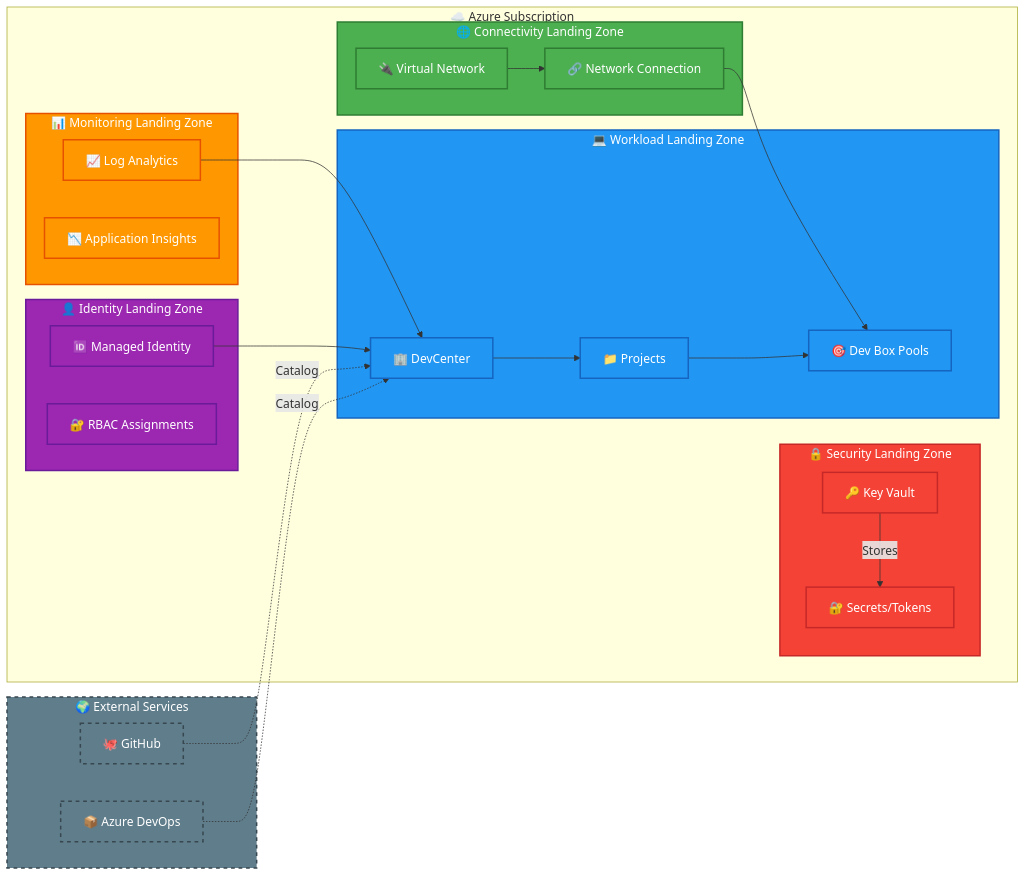
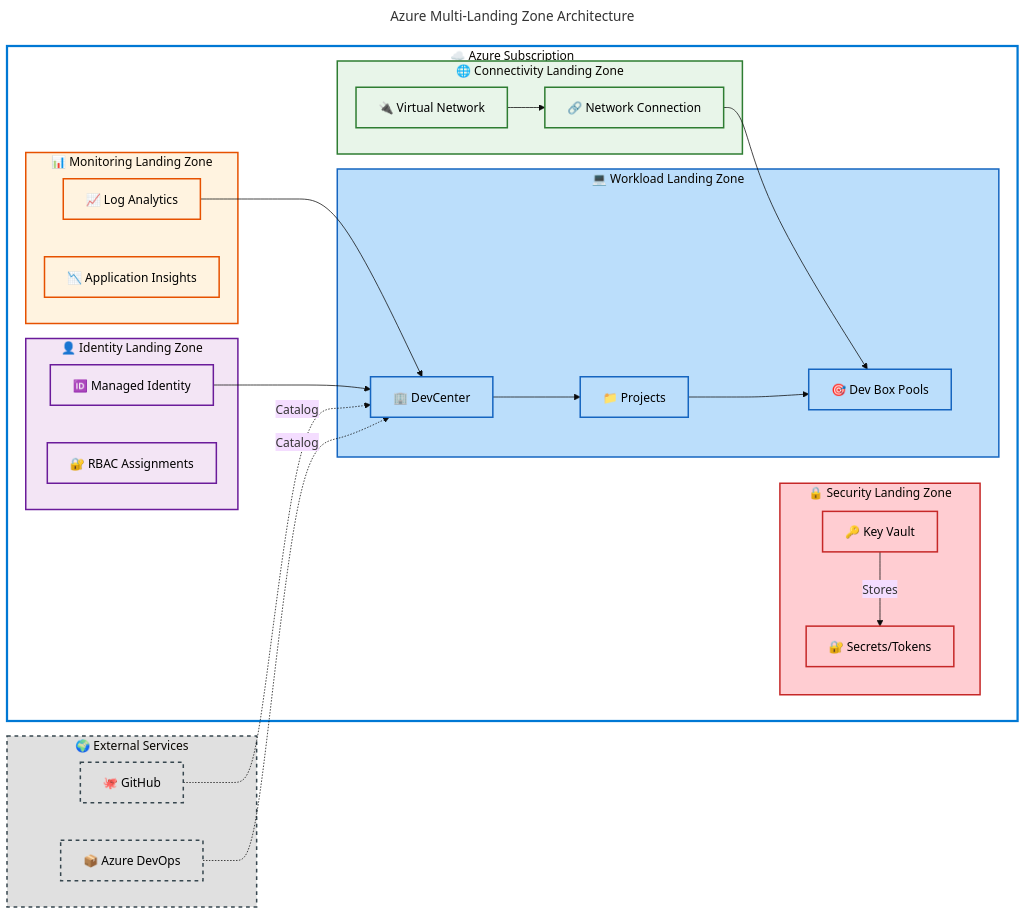
Before and after one commit to Evilazaro/DevExp-DevBox: the second of 2 diagrams in README.md, drawn with Mermaid. The commit also changed other lines of this file, not shown here.

Commit message:
refactor: enhance deployment architecture diagrams for clarity and consistency

````diff
--- a/README.md
+++ b/README.md
@@ -197,60 +205,76 @@
 ```mermaid
+---
+title: Azure Multi-Landing Zone Architecture
+config:
+  theme: base
+---
 flowchart LR
+    accTitle: Azure DevBox Multi-Landing Zone Architecture
+    accDescr: Architecture diagram showing the separation of concerns across security, monitoring, identity, workload, and connectivity landing zones with their key resources and external integrations
+    
     subgraph Azure["☁️ Azure Subscription"]
         subgraph Security["🔒 Security Landing Zone"]
             kv[🔑 Key Vault]
             secrets[🔐 Secrets/Tokens]
         end
         
         subgraph Monitoring["📊 Monitoring Landing Zone"]
             la[📈 Log Analytics]
             insights[📉 Application Insights]
         end
         
         subgraph Identity["👤 Identity Landing Zone"]
             mi[🆔 Managed Identity]
             rbac[🔐 RBAC Assignments]
         end
         
         subgraph Workload["💻 Workload Landing Zone"]
             dc[🏢 DevCenter]
             projects[📁 Projects]
             pools[🎯 Dev Box Pools]
         end
         
         subgraph Connectivity["🌐 Connectivity Landing Zone"]
             vnet[🔌 Virtual Network]
             nc[🔗 Network Connection]
         end
     end
     
     subgraph External["🌍 External Services"]
         github[🐙 GitHub]
         ado[📦 Azure DevOps]
     end
     
     kv -->|Stores| secrets
     la --> dc
     mi --> dc
     vnet --> nc
     nc --> pools
     dc --> projects
     projects --> pools
     
     github -.->|Catalog| dc
     ado -.->|Catalog| dc
     
-    classDef security fill:#F44336,stroke:#C62828,stroke-width:2px,color:#fff
-    classDef monitoring fill:#FF9800,stroke:#E65100,stroke-width:2px,color:#fff
-    classDef identity fill:#9C27B0,stroke:#6A1B9A,stroke-width:2px,color:#fff
-    classDef workload fill:#2196F3,stroke:#1565C0,stroke-width:2px,color:#fff
-    classDef connectivity fill:#4CAF50,stroke:#2E7D32,stroke-width:2px,color:#fff
-    classDef external fill:#607D8B,stroke:#37474F,stroke-width:2px,color:#fff,stroke-dasharray: 5 5
+    style Azure fill:#FFFFFF,stroke:#0078D4,stroke-width:3px
+    style Security fill:#FFCDD2,stroke:#C62828,stroke-width:2px
+    style Monitoring fill:#FFF3E0,stroke:#E65100,stroke-width:2px
+    style Identity fill:#F3E5F5,stroke:#6A1B9A,stroke-width:2px
+    style Workload fill:#BBDEFB,stroke:#1565C0,stroke-width:2px
+    style Connectivity fill:#E8F5E9,stroke:#2E7D32,stroke-width:2px
+    style External fill:#E0E0E0,stroke:#37474F,stroke-width:2px,stroke-dasharray: 5 5
     
-    class Security,kv,secrets security
-    class Monitoring,la,insights monitoring
-    class Identity,mi,rbac identity
-    class Workload,dc,projects,pools workload
-    class Connectivity,vnet,nc connectivity
-    class External,github,ado external
+    classDef security fill:#FFCDD2,stroke:#C62828,stroke-width:2px,color:#000
+    classDef monitoring fill:#FFF3E0,stroke:#E65100,stroke-width:2px,color:#000
+    classDef identity fill:#F3E5F5,stroke:#6A1B9A,stroke-width:2px,color:#000
+    classDef workload fill:#BBDEFB,stroke:#1565C0,stroke-width:2px,color:#000
+    classDef connectivity fill:#E8F5E9,stroke:#2E7D32,stroke-width:2px,color:#000
+    classDef external fill:#E0E0E0,stroke:#37474F,stroke-width:2px,color:#000,stroke-dasharray: 5 5
+    
+    class kv,secrets security
+    class la,insights monitoring
+    class mi,rbac identity
+    class dc,projects,pools workload
+    class vnet,nc connectivity
+    class github,ado external
 ```
````
